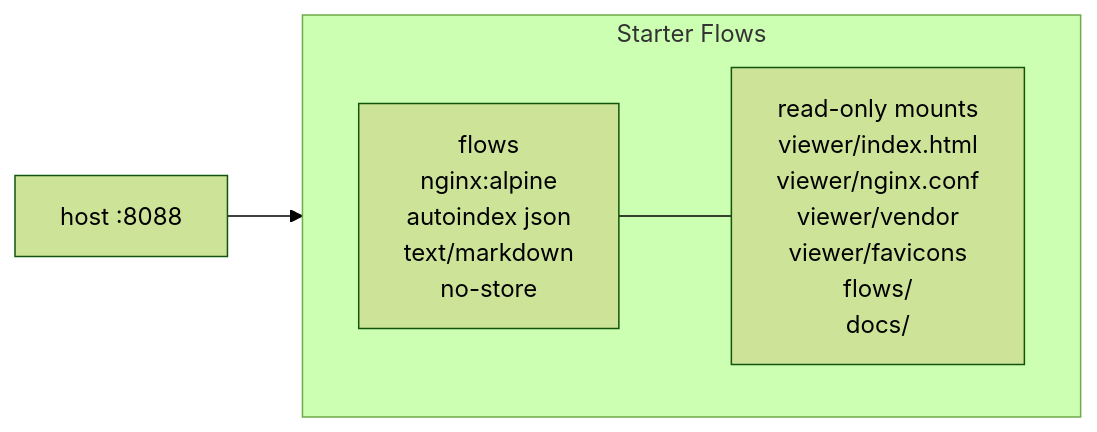
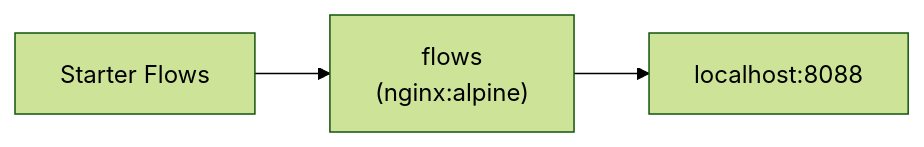
Before and after one commit to websanova/starter-flows: the third of 3 diagrams in docs/setup/DockerSetup.md, drawn with Mermaid (forest theme). The commit also changed other lines of this file, not shown here.

Commit message:
Update docker mermaid diagrams and remove todos.

````diff
--- a/docs/setup/DockerSetup.md
+++ b/docs/setup/DockerSetup.md
@@ -127,10 +118,5 @@
 ```mermaid
 flowchart LR
-    subgraph FLOWS["Starter Flows"]
-        direction LR
-        NGINX["flows<br/>nginx:alpine<br/>autoindex json<br/>text/markdown<br/>no-store"]
-        MOUNTS["read-only mounts<br/>viewer/index.html<br/>viewer/nginx.conf<br/>viewer/vendor<br/>viewer/favicons<br/>flows/<br/>docs/"]
-    end
-    H6["host :8088"] --> NGINX
-    NGINX --- MOUNTS
+    FLOWS["Starter Flows"] --> NGINX["flows<br/>(nginx:alpine)"]
+    NGINX --> NGINX_P["localhost:8088"]
 ```
````
